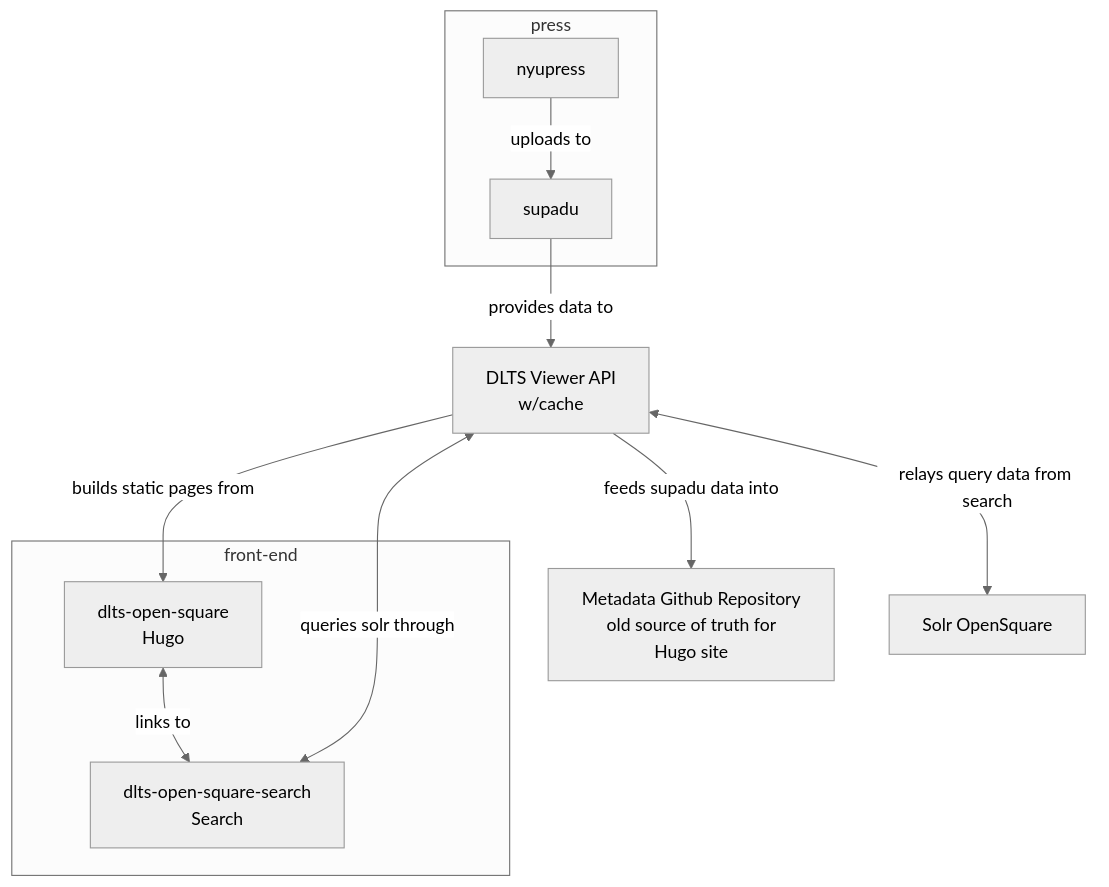
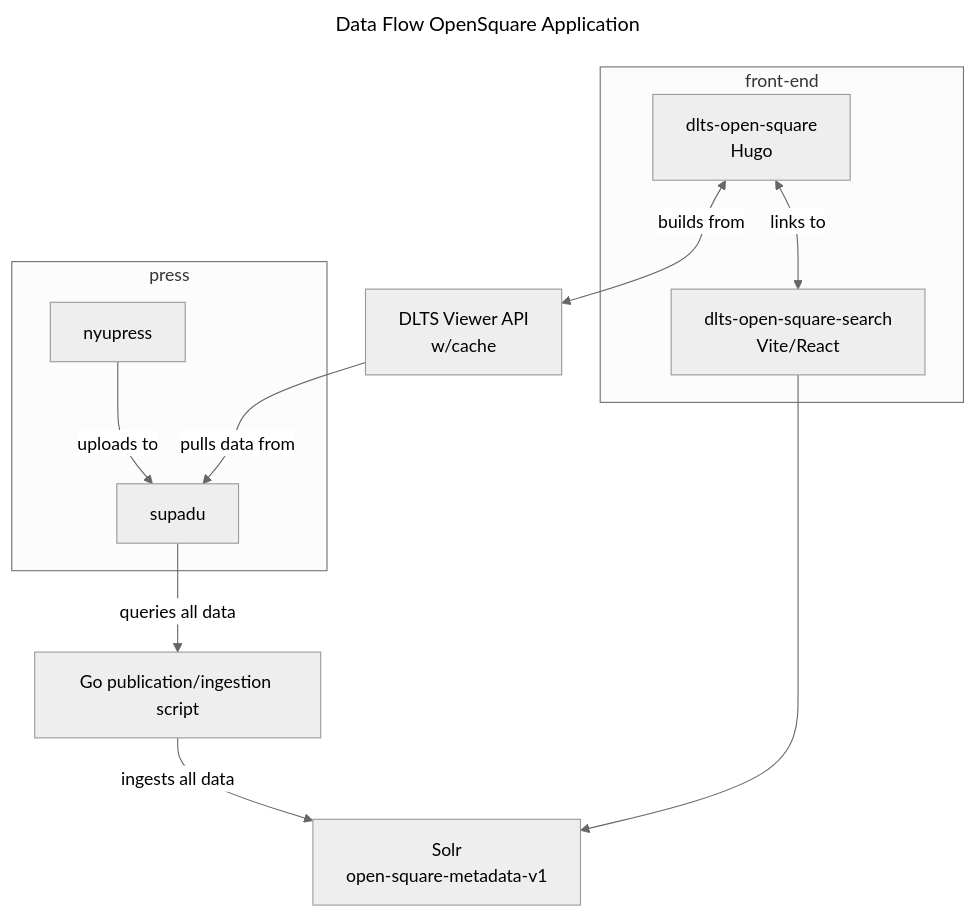
The diagram in README.md (NYULibraries/dlts-open-square-search-application), drawn with Mermaid (neutral theme) before and after one commit. The commit also changed other lines of this file, not shown here.

Commit message:
Fix architecture diagram

````diff
--- a/README.md
+++ b/README.md
@@ -23,25 +21,31 @@
 ```mermaid
+---
+title: Data Flow OpenSquare Application
+---
 flowchart TD
     %% declare boxes id[text]
     subgraph press
     nyupress[nyupress]
     supadu[supadu]
     end
-    metarepo[Metadata Github Repository<br/> old source of truth for Hugo site]
-    albAPI[DLTS Viewer API<br/> w/cache]
-    solr[Solr OpenSquare]
+    viewerAPI["DLTS Viewer API
+    w/cache"]
+    solr["Solr
+    open-square-metadata-v1"]
+    go[Go publication/ingestion script]
     subgraph front-end
-    osHugo[dlts-open-square <br/> Hugo]
-    osSearch[dlts-open-square-search <br/> Search]
+    osHugo["dlts-open-square
+    Hugo"]
+    osSearch["dlts-open-square-search
+    Vite/React"]
     end
 
     %% link boxes id --message--> id
     nyupress -- uploads to --> supadu
-    %% metarepo --> osHugo
-    supadu-- provides data to -->albAPI
-    albAPI<-- relays query data from search -->solr
-    albAPI--builds static pages from -->osHugo
-    osHugo<-- links to --> osSearch
-    osSearch<--queries solr through -->albAPI
-    albAPI-- feeds supadu data into -->metarepo
+    supadu -- queries all data --> go
+    go -- ingests all data --> solr
+    osSearch --> solr
+    osHugo <-- links to --> osSearch
+    osHugo <-- builds from --> viewerAPI
+    viewerAPI -- pulls data from --> supadu
 ```
````
